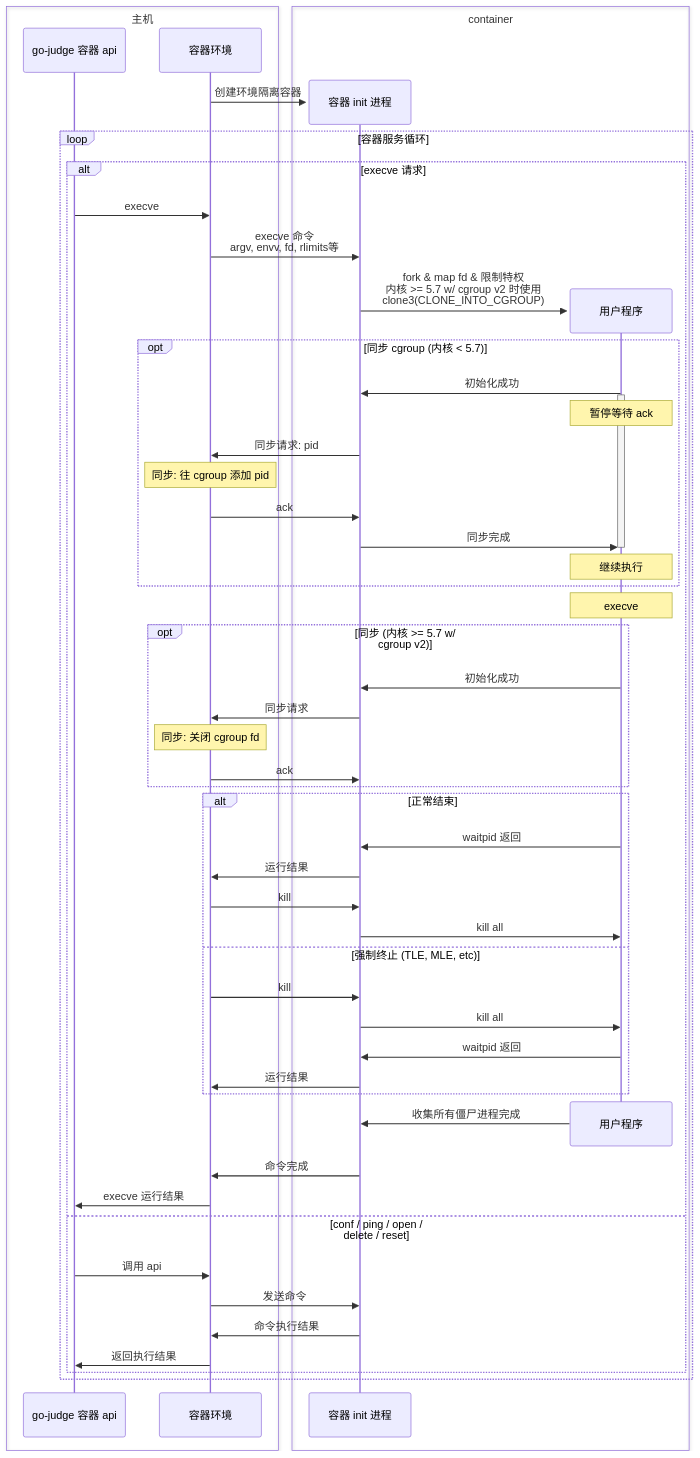
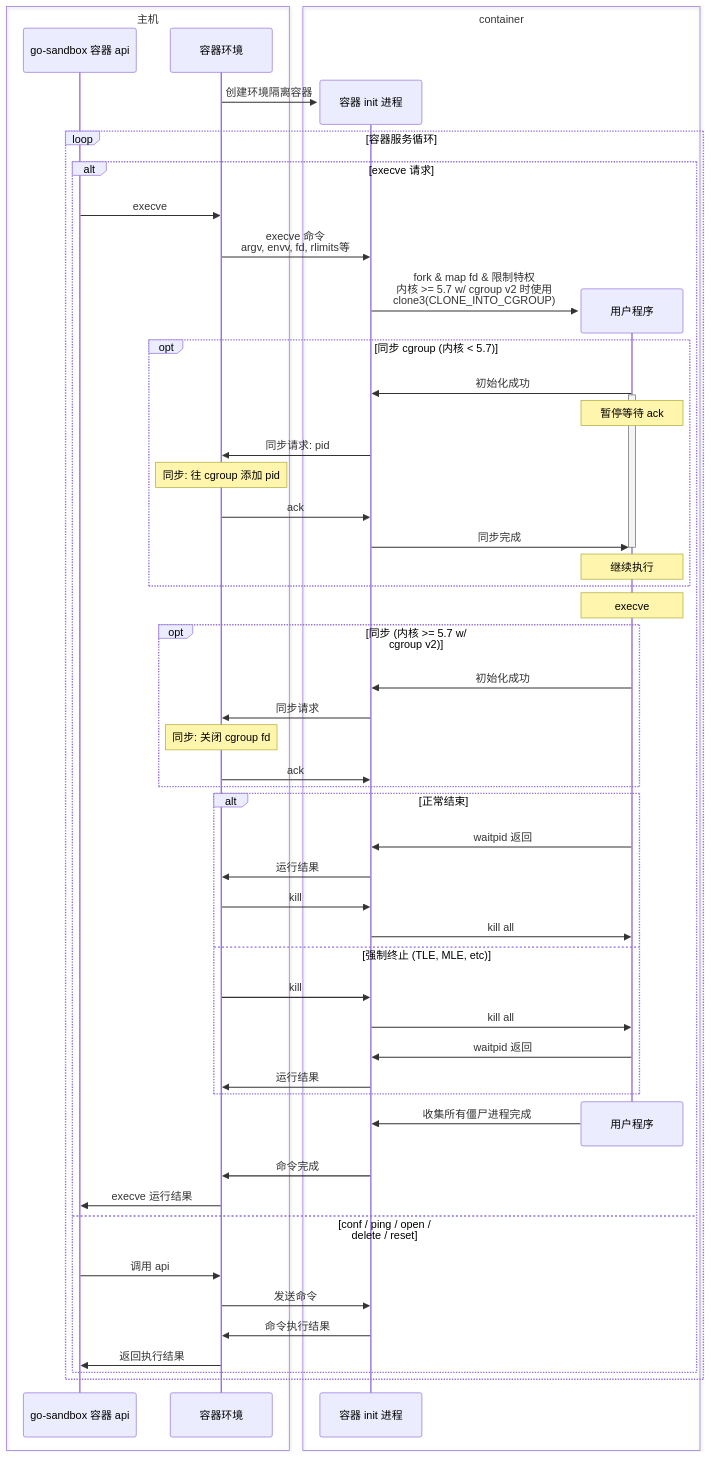
Before and after one commit to criyle/go-judge-doc: the third of 3 diagrams in src/cn/design.md, drawn with Mermaid. The commit also changed other lines of this file and 2 other files, not shown here.

````diff
--- a/src/cn/design.md
+++ b/src/cn/design.md
@@ -114,74 +141,74 @@
 ```mermaid
 sequenceDiagram
 
 box 主机
-participant u as go-judge 容器 api
+participant u as go-sandbox 容器 api
 participant s as 容器环境
 end
 
 create participant c
 s ->> c: 创建环境隔离容器
 
 loop 容器服务循环
 alt execve 请求
 
 u ->> s: execve
 
 s ->> c: execve 命令 <br/> argv, envv, fd, rlimits等
 create participant e
 c ->> e: fork & map fd & 限制特权 <br/> 内核 >= 5.7 w/ cgroup v2 时使用 <br/> clone3(CLONE_INTO_CGROUP)
 
 opt 同步 cgroup (内核 < 5.7)
 e ->> c: 初始化成功
 activate e
 note over e: 暂停等待 ack
 c ->> s: 同步请求: pid
 note over s: 同步: 往 cgroup 添加 pid
 s ->> c: ack
 c ->> e: 同步完成
 deactivate e
 note over e: 继续执行
 end
 
 note over e: execve
 
 opt 同步 (内核 >= 5.7 w/ cgroup v2)
 e ->> c: 初始化成功
 c ->> s: 同步请求
 note over s: 同步: 关闭 cgroup fd
 s ->> c: ack
 end
 
 alt 正常结束
 e ->> c: waitpid 返回
 c ->> s: 运行结果
 s ->> c: kill
 c ->> e: kill all 
 else 强制终止 (TLE, MLE, etc)
 s ->> c: kill
 c ->> e: kill all 
 e ->> c: waitpid 返回
 c ->> s: 运行结果
 end
 
 destroy e
 e ->> c: 收集所有僵尸进程完成
 c ->> s: 命令完成
 
 s ->> u: execve 运行结果
 
 else conf / ping / open / delete / reset 
 
 u ->> s: 调用 api
 s ->> c: 发送命令
 c ->> s: 命令执行结果
 s ->> u: 返回执行结果
 
 end
 end
 
 box container
 participant c as 容器 init 进程
 participant e as 用户程序
 end
 ```
````
